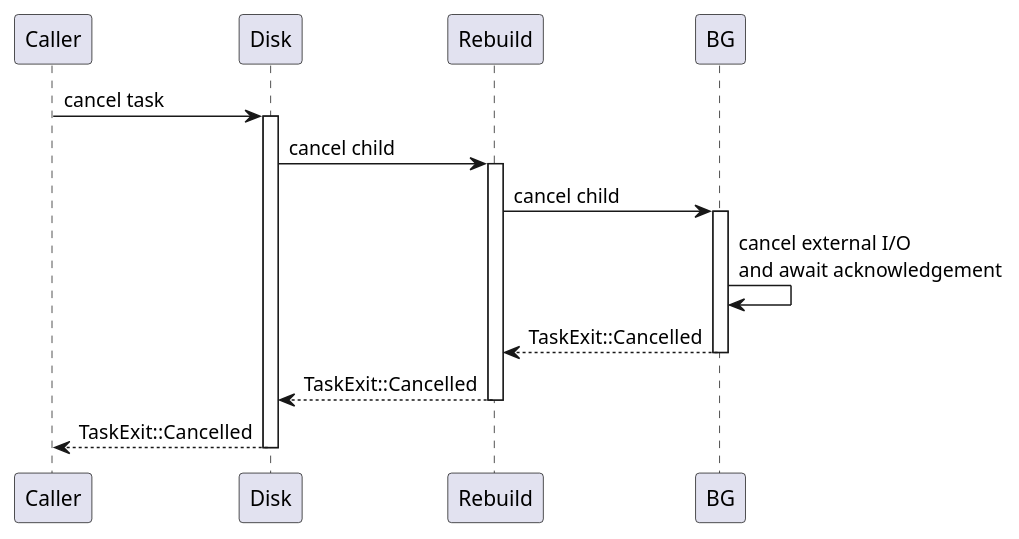
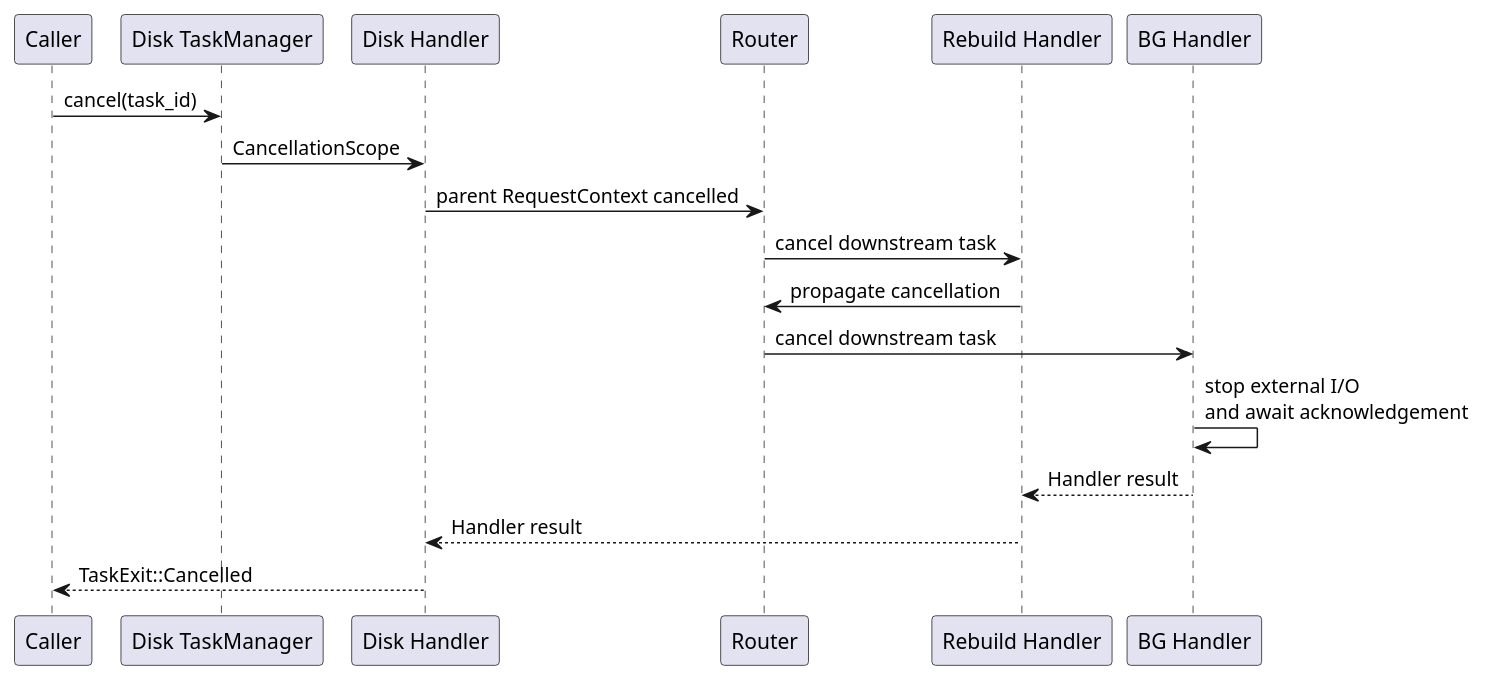
One commit to limushu/runtime changed the diagram in docs/diagrams/cancellation.puml. Above: the diagram before and after it, drawn with PlantUML. The commit also changed 33 other files, not shown here.

```diff
--- a/docs/diagrams/cancellation.puml
+++ b/docs/diagrams/cancellation.puml
@@ -1,20 +1,19 @@
 @startuml
 participant Caller
-participant Disk
-participant Rebuild
-participant BG
+participant "Disk TaskManager" as DiskTasks
+participant "Disk Handler" as Disk
+participant Router
+participant "Rebuild Handler" as Rebuild
+participant "BG Handler" as BG
 
-Caller -> Disk : cancel task
-activate Disk
-Disk -> Rebuild : cancel child
-activate Rebuild
-Rebuild -> BG : cancel child
-activate BG
-BG -> BG : cancel external I/O\nand await acknowledgement
-BG --> Rebuild : TaskExit::Cancelled
-deactivate BG
-Rebuild --> Disk : TaskExit::Cancelled
-deactivate Rebuild
+Caller -> DiskTasks : cancel(task_id)
+DiskTasks -> Disk : CancellationScope
+Disk -> Router : parent RequestContext cancelled
+Router -> Rebuild : cancel downstream task
+Rebuild -> Router : propagate cancellation
+Router -> BG : cancel downstream task
+BG -> BG : stop external I/O\nand await acknowledgement
+BG --> Rebuild : Handler result
+Rebuild --> Disk : Handler result
 Disk --> Caller : TaskExit::Cancelled
-deactivate Disk
 @enduml
```
